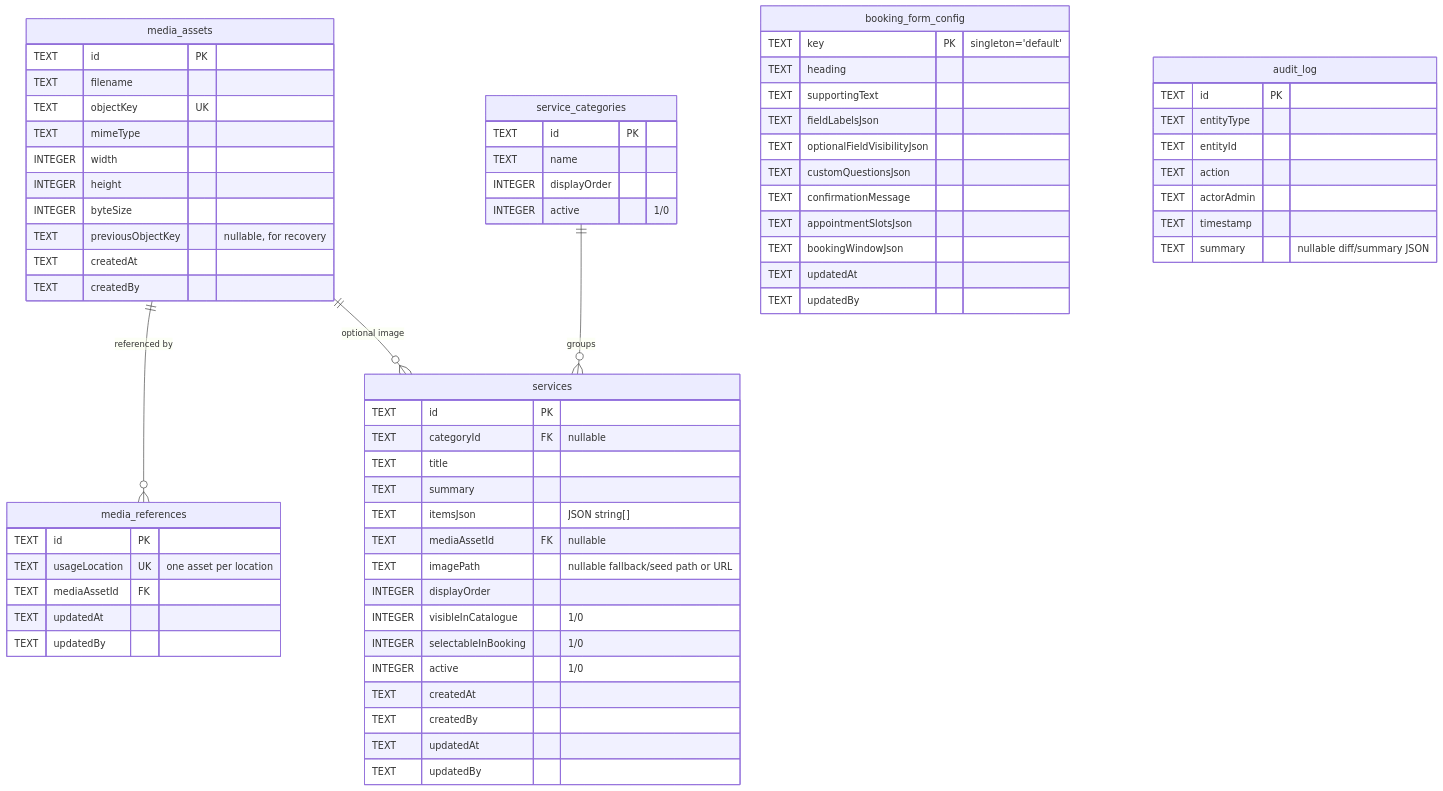
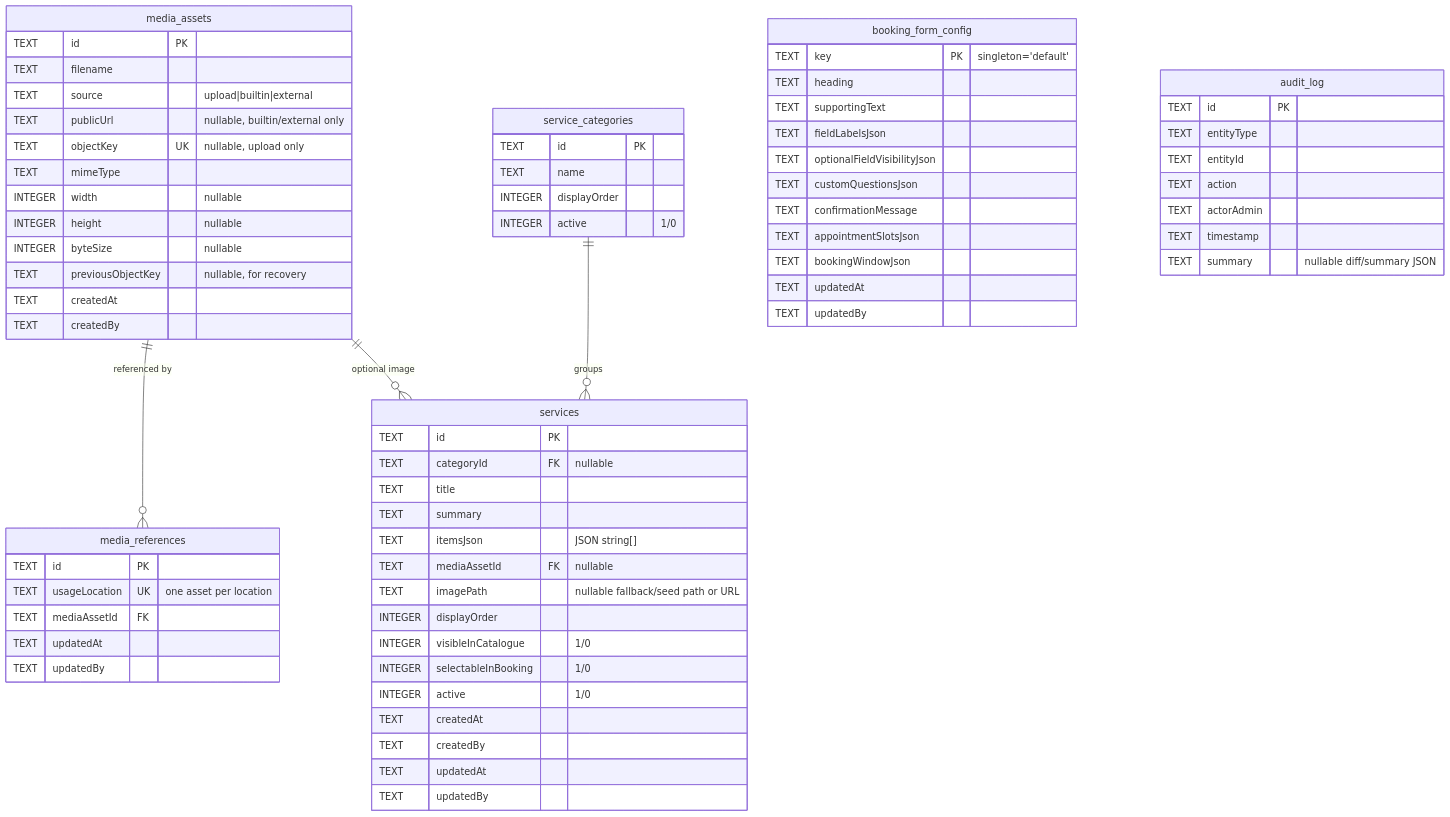
The third of 4 diagrams in .kiro/specs/admin-cms/design.md (Iam-KaifSyed/Grandmotors), drawn with Mermaid before and after one commit. The commit also changed other lines of this file and 51 other files, not shown here.

````diff
--- a/.kiro/specs/admin-cms/design.md
+++ b/.kiro/specs/admin-cms/design.md
@@ -233,70 +242,72 @@
 ```mermaid
 erDiagram
   media_assets ||--o{ media_references : "referenced by"
   media_assets ||--o{ services : "optional image"
   service_categories ||--o{ services : "groups"
   media_assets {
     TEXT id PK
     TEXT filename
-    TEXT objectKey UK
+    TEXT source "upload|builtin|external"
+    TEXT publicUrl "nullable, builtin/external only"
+    TEXT objectKey UK "nullable, upload only"
     TEXT mimeType
-    INTEGER width
-    INTEGER height
-    INTEGER byteSize
+    INTEGER width "nullable"
+    INTEGER height "nullable"
+    INTEGER byteSize "nullable"
     TEXT previousObjectKey "nullable, for recovery"
     TEXT createdAt
     TEXT createdBy
   }
   media_references {
     TEXT id PK
     TEXT usageLocation UK "one asset per location"
     TEXT mediaAssetId FK
     TEXT updatedAt
     TEXT updatedBy
   }
   service_categories {
     TEXT id PK
     TEXT name
     INTEGER displayOrder
     INTEGER active "1/0"
   }
   services {
     TEXT id PK
     TEXT categoryId FK "nullable"
     TEXT title
     TEXT summary
     TEXT itemsJson "JSON string[]"
     TEXT mediaAssetId FK "nullable"
     TEXT imagePath "nullable fallback/seed path or URL"
     INTEGER displayOrder
     INTEGER visibleInCatalogue "1/0"
     INTEGER selectableInBooking "1/0"
     INTEGER active "1/0"
     TEXT createdAt
     TEXT createdBy
     TEXT updatedAt
     TEXT updatedBy
   }
   booking_form_config {
     TEXT key PK "singleton='default'"
     TEXT heading
     TEXT supportingText
     TEXT fieldLabelsJson
     TEXT optionalFieldVisibilityJson
     TEXT customQuestionsJson
     TEXT confirmationMessage
     TEXT appointmentSlotsJson
     TEXT bookingWindowJson
     TEXT updatedAt
     TEXT updatedBy
   }
   audit_log {
     TEXT id PK
     TEXT entityType
     TEXT entityId
     TEXT action
     TEXT actorAdmin
     TEXT timestamp
     TEXT summary "nullable diff/summary JSON"
   }
 ```
````
